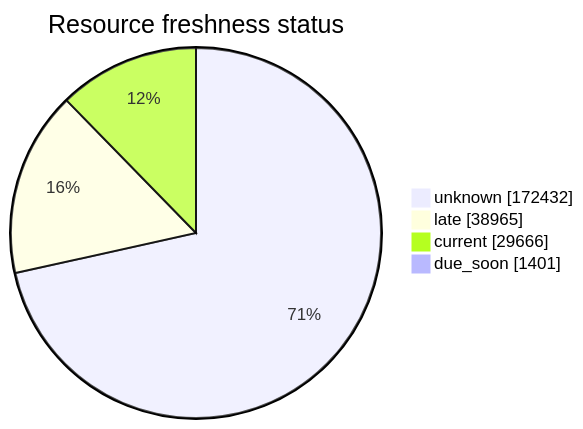
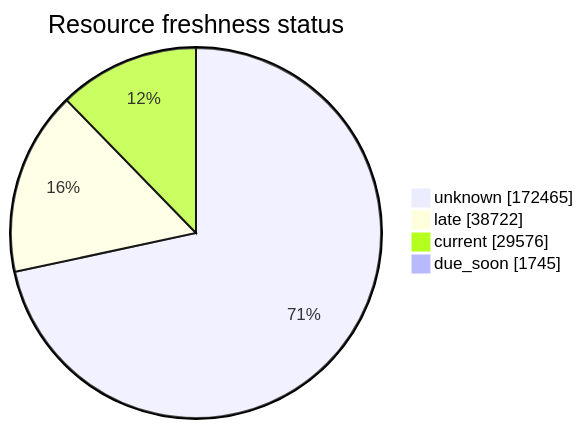
One commit to open-data/analytics-corporate-reporting changed the third of 5 diagrams in FreshCheck/README.md. Above: the diagram before and after it, drawn with Mermaid. The commit also changed other lines of this file and 3 other files, not shown here.

````diff
--- a/FreshCheck/README.md
+++ b/FreshCheck/README.md
@@ -77,7 +77,7 @@
 ```mermaid
 pie showData title Resource freshness status
-    "unknown": 172432
-    "late": 38965
-    "current": 29666
-    "due_soon": 1401
+    "unknown": 172465
+    "late": 38722
+    "current": 29576
+    "due_soon": 1745
 ```
````
